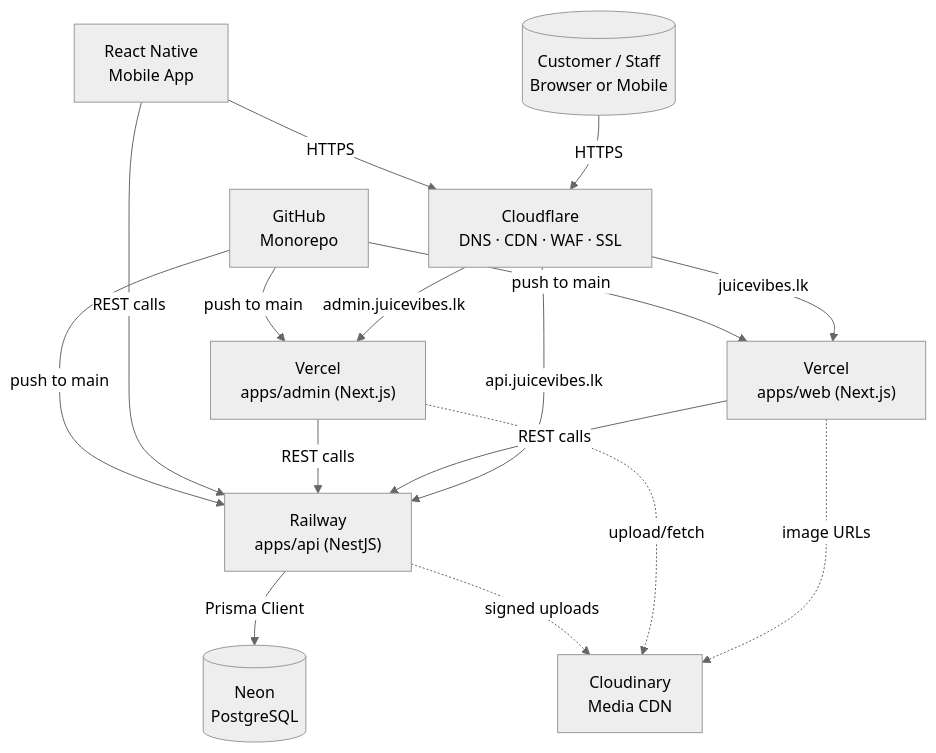
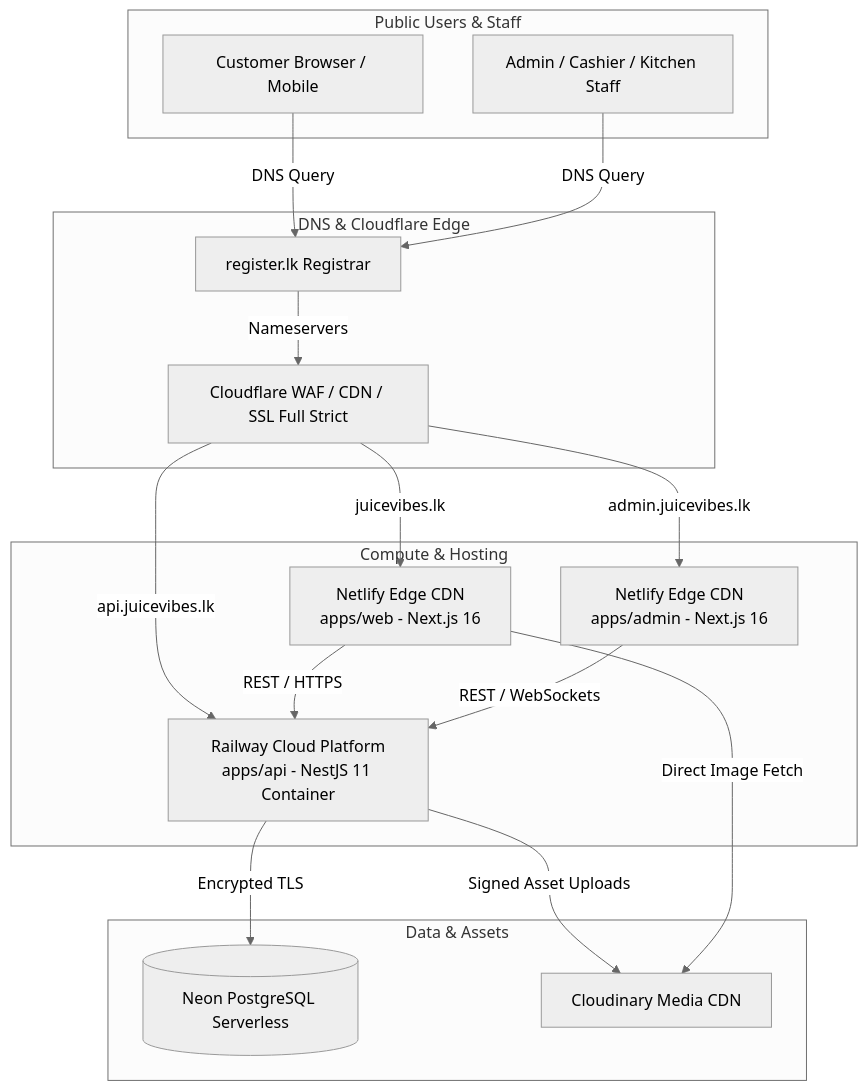
One commit to juicevibeonline-code/juicevibe-platform changed the first of 6 diagrams in docs/JuiceVibe_Production_Deployment_Infrastructure_Manual.md. Above: the diagram before and after it, drawn with Mermaid (neutral theme). The commit also changed other lines of this file and 4 other files, not shown here.

````diff
--- a/docs/JuiceVibe_Production_Deployment_Infrastructure_Manual.md
+++ b/docs/JuiceVibe_Production_Deployment_Infrastructure_Manual.md
@@ -166,28 +97,38 @@
 ```mermaid
-flowchart TB
-    User[("Customer / Staff<br/>Browser or Mobile")]
-    RN["React Native<br/>Mobile App"]
-    CF["Cloudflare<br/>DNS · CDN · WAF · SSL"]
-    VWeb["Vercel<br/>apps/web (Next.js)"]
-    VAdmin["Vercel<br/>apps/admin (Next.js)"]
-    RailAPI["Railway<br/>apps/api (NestJS)"]
-    Neon[("Neon<br/>PostgreSQL")]
-    Cloud["Cloudinary<br/>Media CDN"]
-    GH["GitHub<br/>Monorepo"]
+graph TD
+    subgraph Clients [Public Users & Staff]
+        Customer[Customer Browser / Mobile]
+        AdminStaff[Admin / Cashier / Kitchen Staff]
+    end
 
-    User -->|HTTPS| CF
-    RN -->|HTTPS| CF
-    CF -->|juicevibes.lk| VWeb
-    CF -->|admin.juicevibes.lk| VAdmin
-    CF -->|api.juicevibes.lk| RailAPI
-    VWeb -->|REST calls| RailAPI
-    VAdmin -->|REST calls| RailAPI
-    RN -->|REST calls| RailAPI
-    RailAPI -->|Prisma Client| Neon
-    VWeb -.->|image URLs| Cloud
-    VAdmin -.->|upload/fetch| Cloud
-    RailAPI -.->|signed uploads| Cloud
-    GH -->|push to main| VWeb
-    GH -->|push to main| VAdmin
-    GH -->|push to main| RailAPI
+    subgraph SecurityTier [DNS & Cloudflare Edge]
+        DNS[register.lk Registrar]
+        CF[Cloudflare WAF / CDN / SSL Full Strict]
+    end
+
+    subgraph HostingTier [Compute & Hosting]
+        NetlifyWeb[Netlify Edge CDN\napps/web - Next.js 16]
+        NetlifyAdmin[Netlify Edge CDN\napps/admin - Next.js 16]
+        RailwayAPI[Railway Cloud Platform\napps/api - NestJS 11 Container]
+    end
+
+    subgraph StorageTier [Data & Assets]
+        NeonDB[(Neon PostgreSQL Serverless)]
+        CloudinaryCDN[Cloudinary Media CDN]
+    end
+
+    Customer -->|DNS Query| DNS
+    DNS -->|Nameservers| CF
+    AdminStaff -->|DNS Query| DNS
+
+    CF -->|juicevibes.lk| NetlifyWeb
+    CF -->|admin.juicevibes.lk| NetlifyAdmin
+    CF -->|api.juicevibes.lk| RailwayAPI
+
+    NetlifyWeb -->|REST / HTTPS| RailwayAPI
+    NetlifyAdmin -->|REST / WebSockets| RailwayAPI
+
+    RailwayAPI -->|Encrypted TLS| NeonDB
+    RailwayAPI -->|Signed Asset Uploads| CloudinaryCDN
+    NetlifyWeb -->|Direct Image Fetch| CloudinaryCDN
 ```
````
